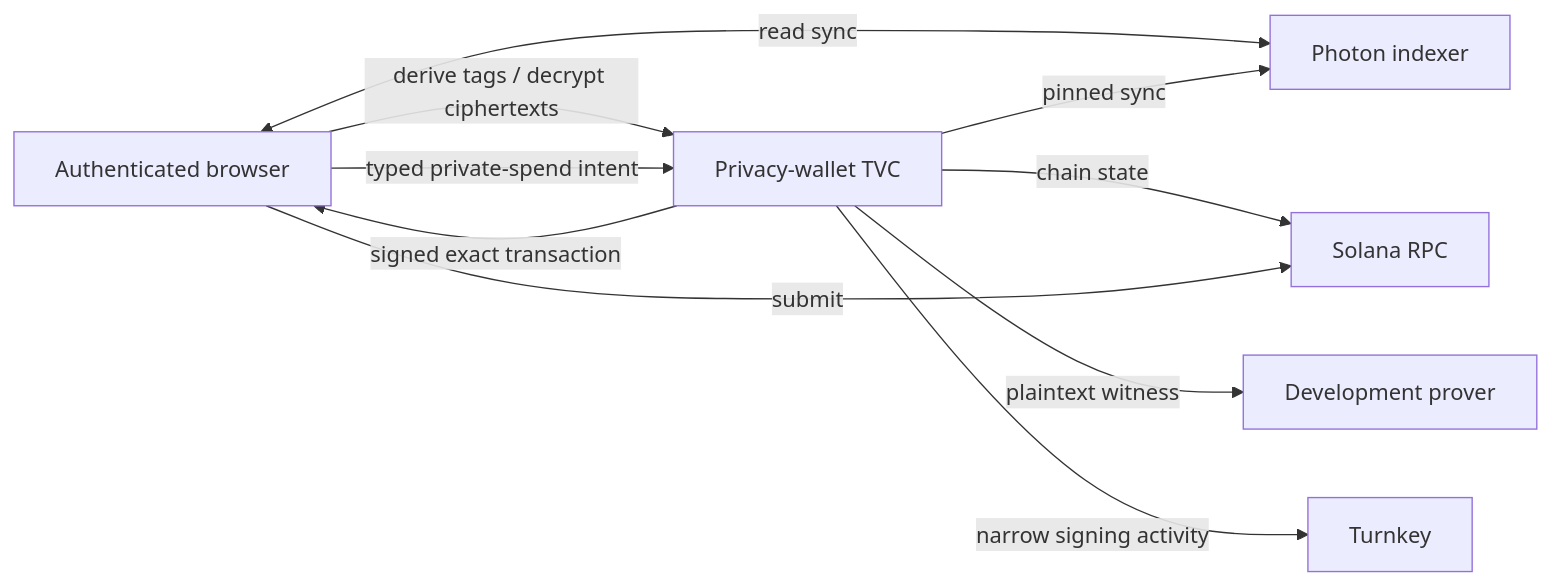
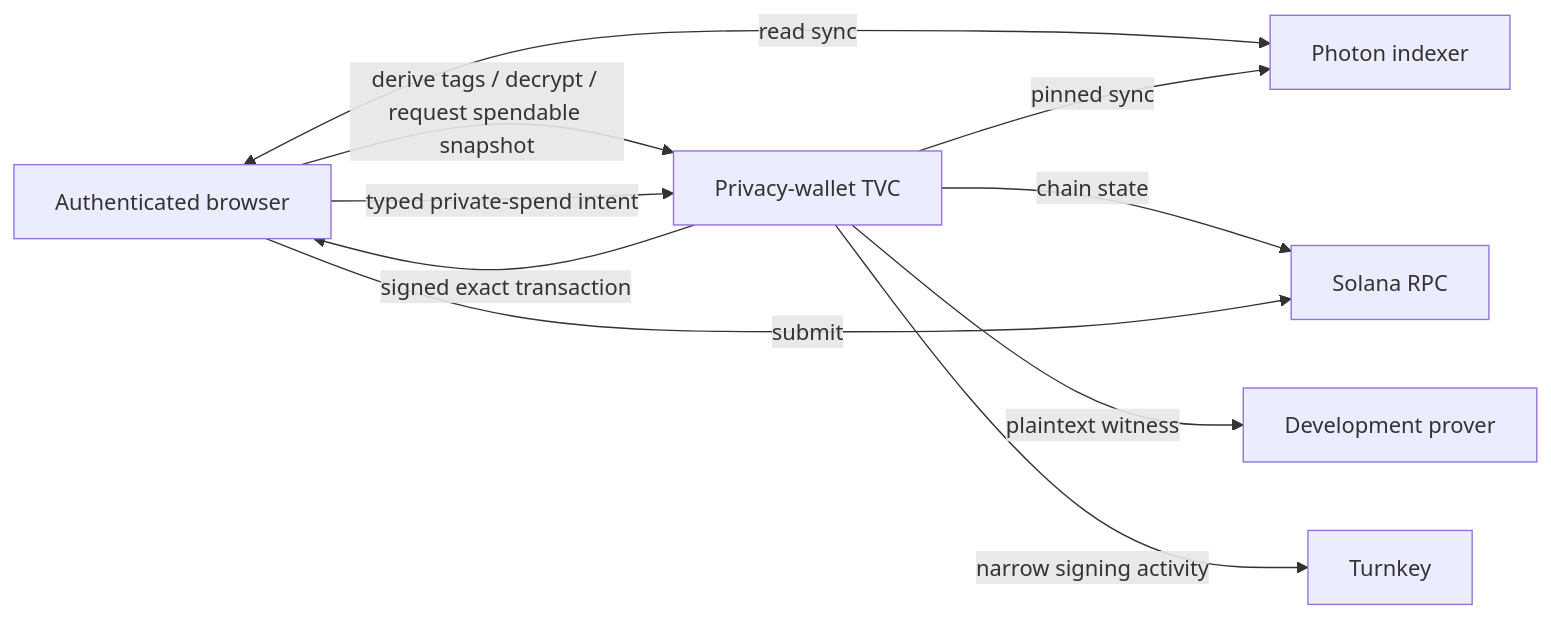
Before and after one commit to helius-labs/zolana-tvc: the diagram in apps/privacy-wallet/ARCHITECTURE.md, drawn with Mermaid. The commit also changed other lines of this file and 17 other files, not shown here.

````diff
--- a/apps/privacy-wallet/ARCHITECTURE.md
+++ b/apps/privacy-wallet/ARCHITECTURE.md
@@ -8,19 +9,19 @@
 ```mermaid
 flowchart LR
     B[Authenticated browser]
     T[Privacy-wallet TVC]
     K[Turnkey]
     I[Photon indexer]
     P[Development prover]
     S[Solana RPC]
 
-    B -->|derive tags / decrypt ciphertexts| T
+    B -->|derive tags / decrypt / request spendable snapshot| T
     B <-->|read sync| I
     B -->|typed private-spend intent| T
     T -->|pinned sync| I
     T -->|chain state| S
     T -->|plaintext witness| P
     T -->|narrow signing activity| K
     T -->|signed exact transaction| B
     B -->|submit| S
 ```
````
